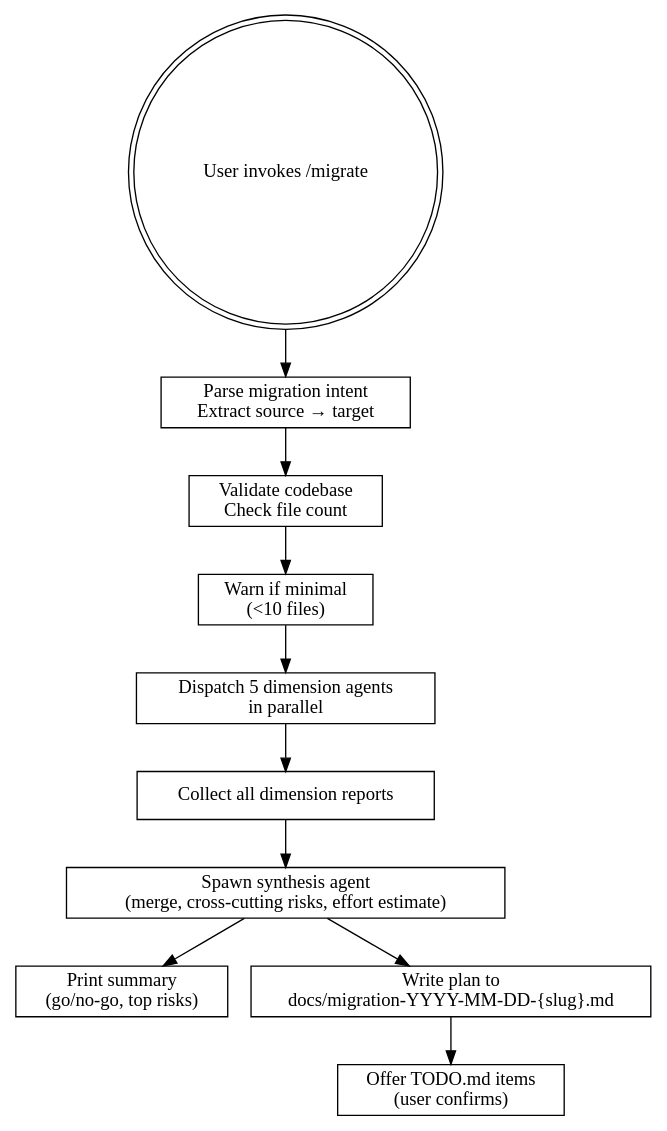
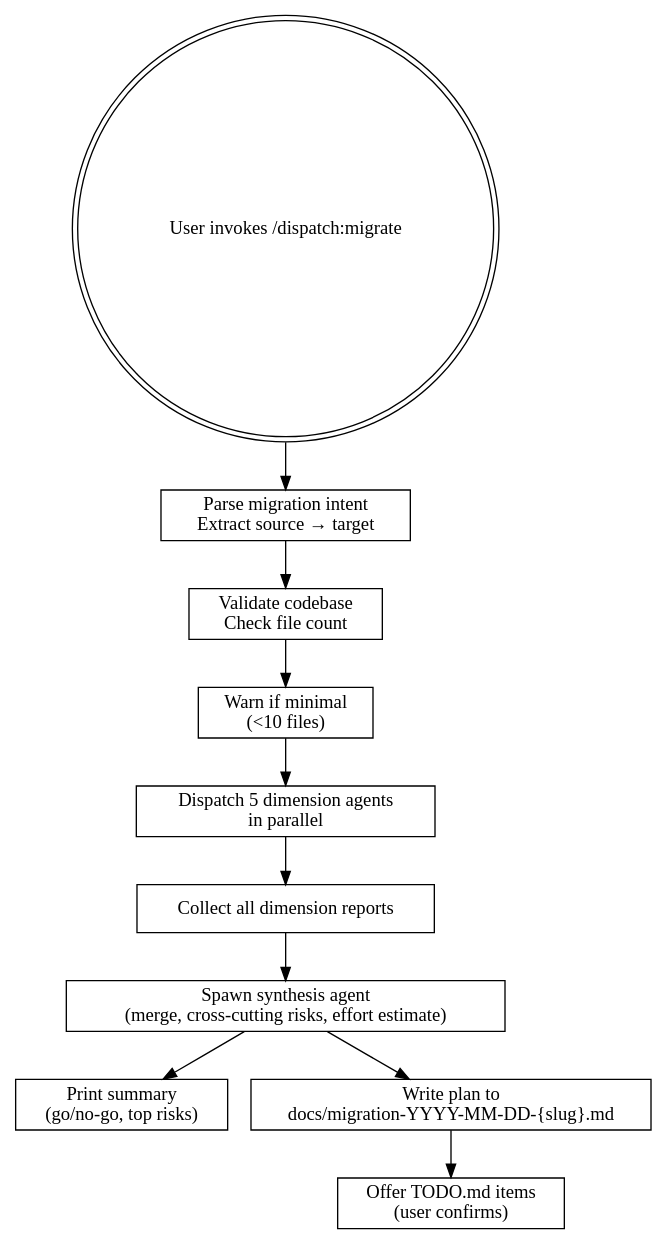
One commit to KwanwooLee36/dispatch changed the diagram in skills/migrate/SKILL.md. Above: the diagram before and after it, drawn with Graphviz. The commit also changed other lines of this file and 9 other files, not shown here.

````diff
--- a/skills/migrate/SKILL.md
+++ b/skills/migrate/SKILL.md
@@ -44,27 +44,27 @@
 ```dot
 digraph migrate_flow {
     rankdir=TB;
     node [shape=box];
 
-    start [label="User invokes /migrate" shape=doublecircle];
+    start [label="User invokes /dispatch:migrate" shape=doublecircle];
     parse [label="Parse migration intent\nExtract source → target"];
     validate [label="Validate codebase\nCheck file count"];
     warn [label="Warn if minimal\n(<10 files)"];
     dispatch [label="Dispatch 5 dimension agents\nin parallel"];
     collect [label="Collect all dimension reports"];
     synthesis [label="Spawn synthesis agent\n(merge, cross-cutting risks, effort estimate)"];
     console [label="Print summary\n(go/no-go, top risks)"];
     file [label="Write plan to\ndocs/migration-YYYY-MM-DD-{slug}.md"];
     todo [label="Offer TODO.md items\n(user confirms)"];
 
     start -> parse;
     parse -> validate;
     validate -> warn;
     warn -> dispatch;
     dispatch -> collect;
     collect -> synthesis;
     synthesis -> console;
     synthesis -> file;
     file -> todo;
 }
 ```
````
